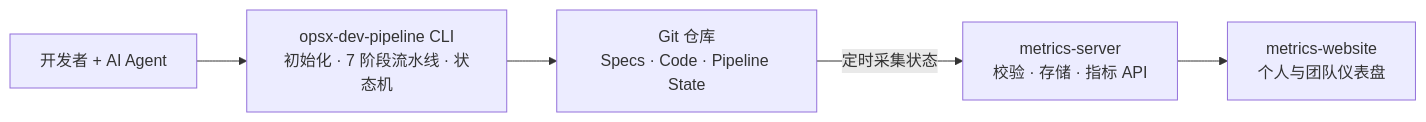
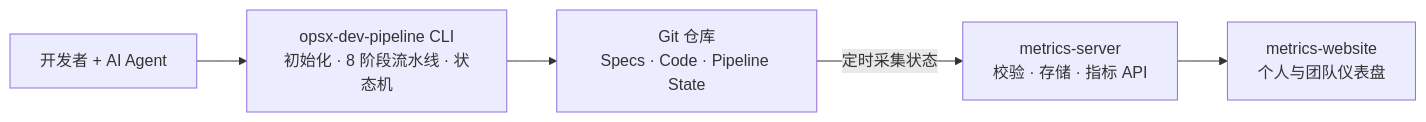
The first of 2 diagrams in dev-pipeline/docs/share-doc/practice-guide-v3.md (ZhaoYis/My-Skills), drawn with Mermaid before and after one commit. The commit also changed other lines of this file and 46 other files, not shown here.

First line of the commit message:
feat: Refactor dev-pipeline phases to include Phase 7 for merge and delivery

````diff
--- a/dev-pipeline/docs/share-doc/practice-guide-v3.md
+++ b/dev-pipeline/docs/share-doc/practice-guide-v3.md
@@ -150,7 +150,7 @@
 ```mermaid
 flowchart LR
-    DEV["开发者 + AI Agent"] --> CLI["opsx-dev-pipeline CLI<br/>初始化 · 7 阶段流水线 · 状态机"]
+    DEV["开发者 + AI Agent"] --> CLI["opsx-dev-pipeline CLI<br/>初始化 · 8 阶段流水线 · 状态机"]
     CLI --> GIT["Git 仓库<br/>Specs · Code · Pipeline State"]
     GIT -->|定时采集状态| SERVER["metrics-server<br/>校验 · 存储 · 指标 API"]
     SERVER --> WEBSITE["metrics-website<br/>个人与团队仪表盘"]
 ```
````
